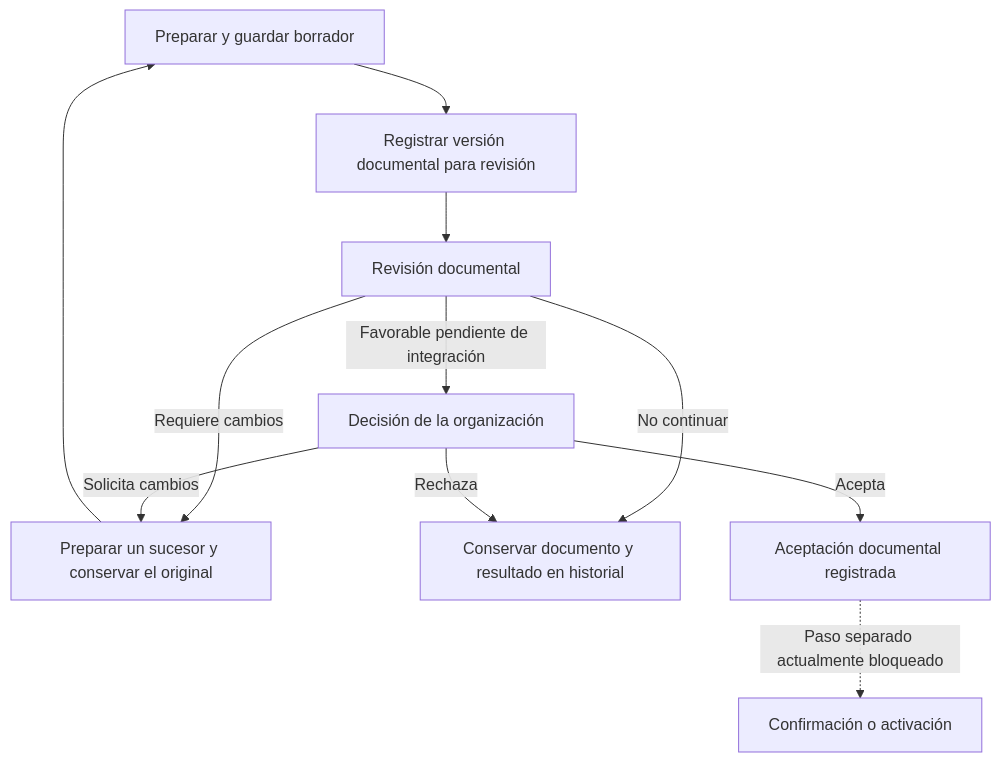
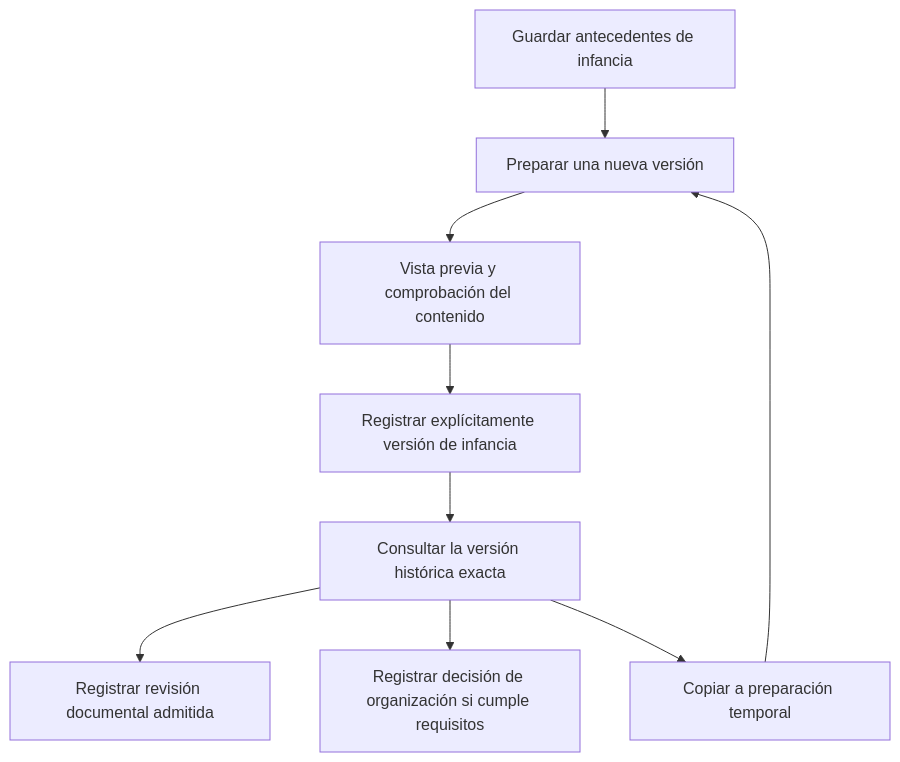
One commit to alejriq-are/CumpleIA changed the second of 3 diagrams in docs/project/ciclo-documental-eipd.md. Above: the diagram before and after it, drawn with Mermaid. The commit also changed other lines of this file and 9 other files, not shown here.

````diff
--- a/docs/project/ciclo-documental-eipd.md
+++ b/docs/project/ciclo-documental-eipd.md
@@ -94,13 +94,11 @@
 ```mermaid
 flowchart TD
-    A[Preparar y guardar borrador] --> B[Registrar versión documental para revisión]
-    B --> C[Revisión documental]
-    C -- Requiere cambios --> D[Preparar un sucesor y conservar el original]
-    D --> A
-    C -- No continuar --> E[Conservar documento y resultado en historial]
-    C -- Favorable pendiente de integración --> F[Decisión de la organización]
-    F -- Solicita cambios --> D
-    F -- Rechaza --> E
-    F -- Acepta --> G[Aceptación documental registrada]
-    G -. Paso separado actualmente bloqueado .-> H[Confirmación o activación]
+    A[Guardar antecedentes de infancia] --> B[Preparar una nueva versión]
+    B --> C[Vista previa y comprobación del contenido]
+    C --> D[Registrar explícitamente versión de infancia]
+    D --> E[Consultar la versión histórica exacta]
+    E --> F[Registrar revisión documental admitida]
+    E --> G[Registrar decisión de organización si cumple requisitos]
+    E --> H[Copiar a preparación temporal]
+    H --> B
 ```
````
